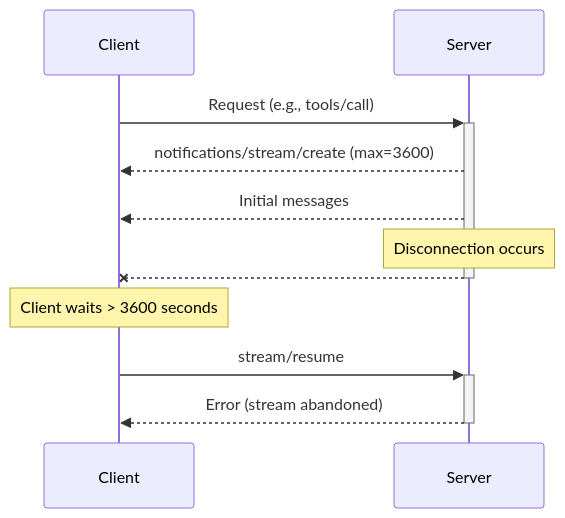
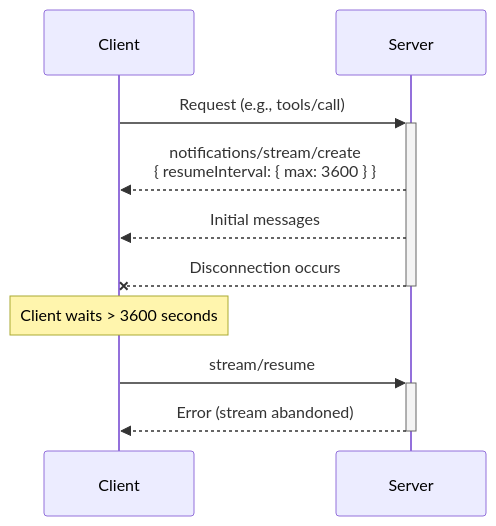
The third of 4 diagrams in docs/specification/draft/basic/streams.mdx (modelcontextprotocol/specification), drawn with Mermaid before and after one commit. The commit also changed other lines of this file and 3 other files, not shown here.

````diff
--- a/docs/specification/draft/basic/streams.mdx
+++ b/docs/specification/draft/basic/streams.mdx
@@ -171,17 +171,15 @@
 ```mermaid
 sequenceDiagram
     participant Client
     participant Server
 
     Client->>+Server: Request (e.g., tools/call)
-    Server-->>Client: notifications/stream/create (max=3600)
+    Server-->>Client: notifications/stream/create<br>{ resumeInterval: { max:  3600 } }
     Server-->>Client: Initial messages
-
-    Note over Server: Disconnection occurs
-    Server--x-Client:
+    Server--x-Client: Disconnection occurs
 
     Note over Client: Client waits > 3600 seconds
 
     Client->>+Server: stream/resume
     Server-->>-Client: Error (stream abandoned)
 ```
````
